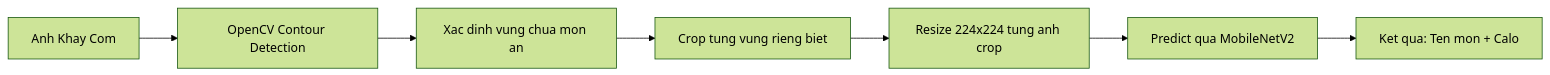
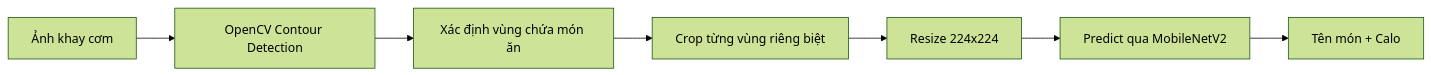
Before and after one commit to DevOpsLogistics/FoodVision-Ai: the fifth of 11 diagrams in README.md, drawn with Mermaid (forest theme). The commit also changed other lines of this file, not shown here.

Commit message:
Docs: Fix Vietnamese diacritics, simplify Mermaid diagrams, remove UI implementation details

````diff
--- a/README.md
+++ b/README.md
@@ -312,9 +243,9 @@
 ```mermaid
 graph LR
-    A["Anh Khay Com"] --> B["OpenCV Contour Detection"]
-    B --> C["Xac dinh vung chua mon an"]
-    C --> D["Crop tung vung rieng biet"]
-    D --> E["Resize 224x224 tung anh crop"]
+    A["Ảnh khay cơm"] --> B["OpenCV Contour Detection"]
+    B --> C["Xác định vùng chứa món ăn"]
+    C --> D["Crop từng vùng riêng biệt"]
+    D --> E["Resize 224x224"]
     E --> F["Predict qua MobileNetV2"]
-    F --> G["Ket qua: Ten mon + Calo"]
+    F --> G["Tên món + Calo"]
 ```
````
